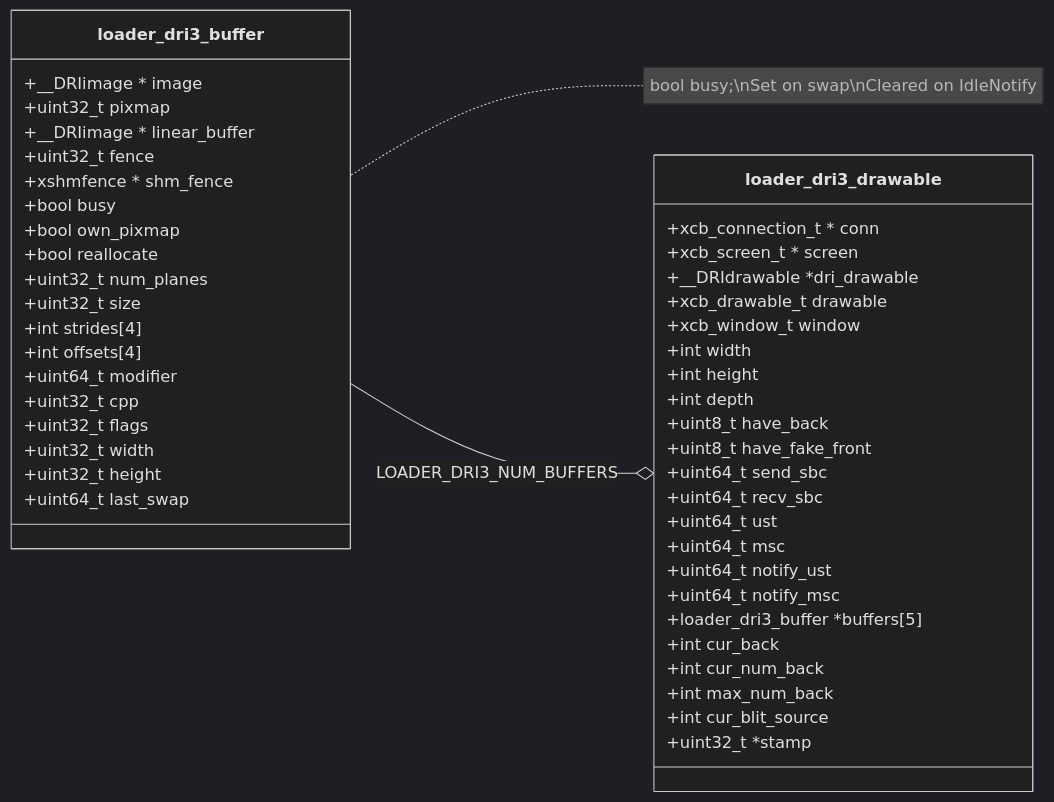
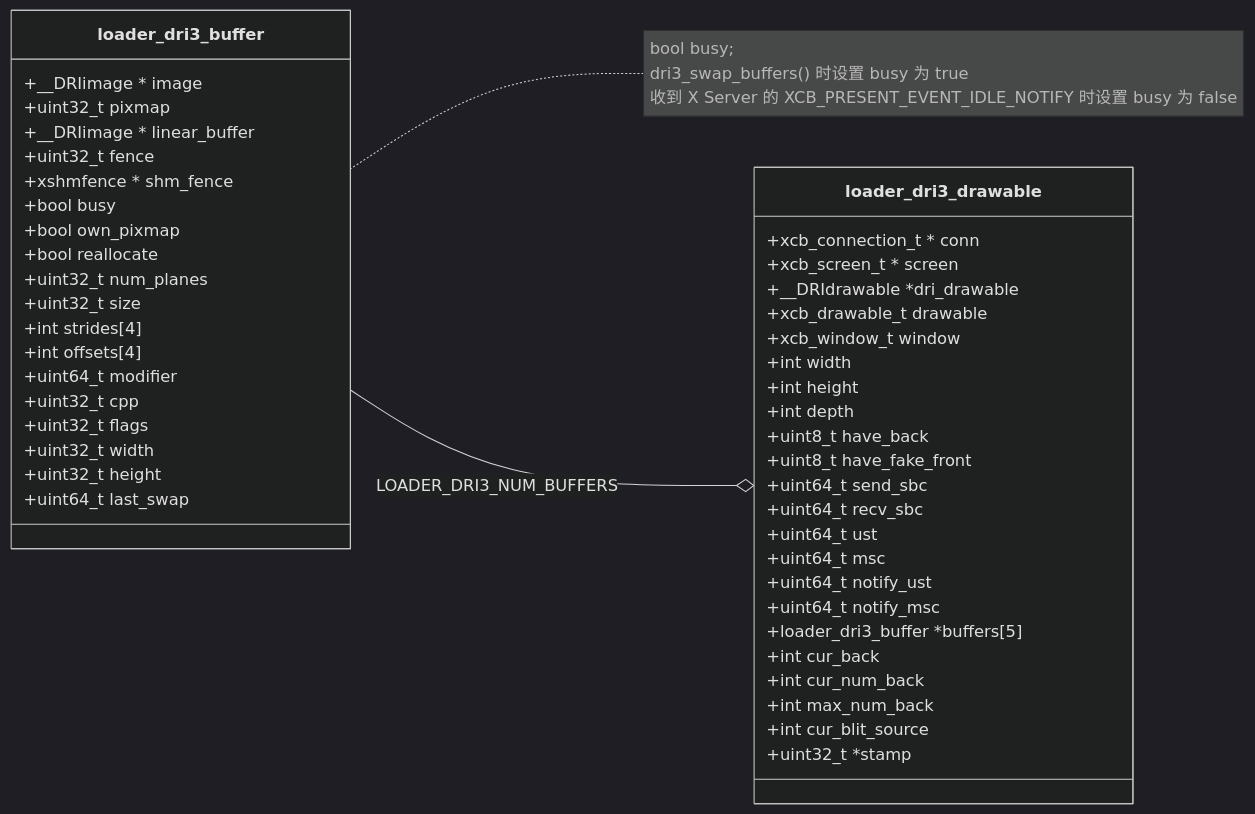
The first of 6 diagrams in source/_posts/gfx/mesa-dri3.md (lucmann/lucmann.github.io), drawn with Mermaid (dark theme) before and after one commit. The commit also changed other lines of this file, not shown here.

Commit message:
gfx: Present events

````diff
--- a/source/_posts/gfx/mesa-dri3.md
+++ b/source/_posts/gfx/mesa-dri3.md
@@ -28,50 +28,50 @@
 ```mermaid
 classDiagram
     direction RL
     loader_dri3_drawable o-- loader_dri3_buffer : LOADER_DRI3_NUM_BUFFERS
     class loader_dri3_drawable{
         +xcb_connection_t * conn
         +xcb_screen_t * screen
         +__DRIdrawable *dri_drawable
         +xcb_drawable_t drawable
         +xcb_window_t window
         +int width
         +int height
         +int depth
         +uint8_t have_back
         +uint8_t have_fake_front
         +uint64_t send_sbc
         +uint64_t recv_sbc
         +uint64_t ust
         +uint64_t msc
         +uint64_t notify_ust
         +uint64_t notify_msc
         +loader_dri3_buffer *buffers[5]
         +int cur_back
         +int cur_num_back
         +int max_num_back
         +int cur_blit_source
         +uint32_t *stamp
     }
-    note for loader_dri3_buffer "bool busy;\nSet on swap\nCleared on IdleNotify"
+    note for loader_dri3_buffer "bool busy;<br>dri3_swap_buffers() 时设置 busy 为 true<br>收到 X Server 的 XCB_PRESENT_EVENT_IDLE_NOTIFY 时设置 busy 为 false"
     class loader_dri3_buffer{
         +__DRIimage * image
         +uint32_t pixmap
         +__DRIimage * linear_buffer
         +uint32_t fence
         +xshmfence * shm_fence
         +bool busy
         +bool own_pixmap
         +bool reallocate
         +uint32_t num_planes
         +uint32_t size
         +int strides[4]
         +int offsets[4]
         +uint64_t modifier
         +uint32_t cpp
         +uint32_t flags
         +uint32_t width
         +uint32_t height
         +uint64_t last_swap
     }
 ```
````
